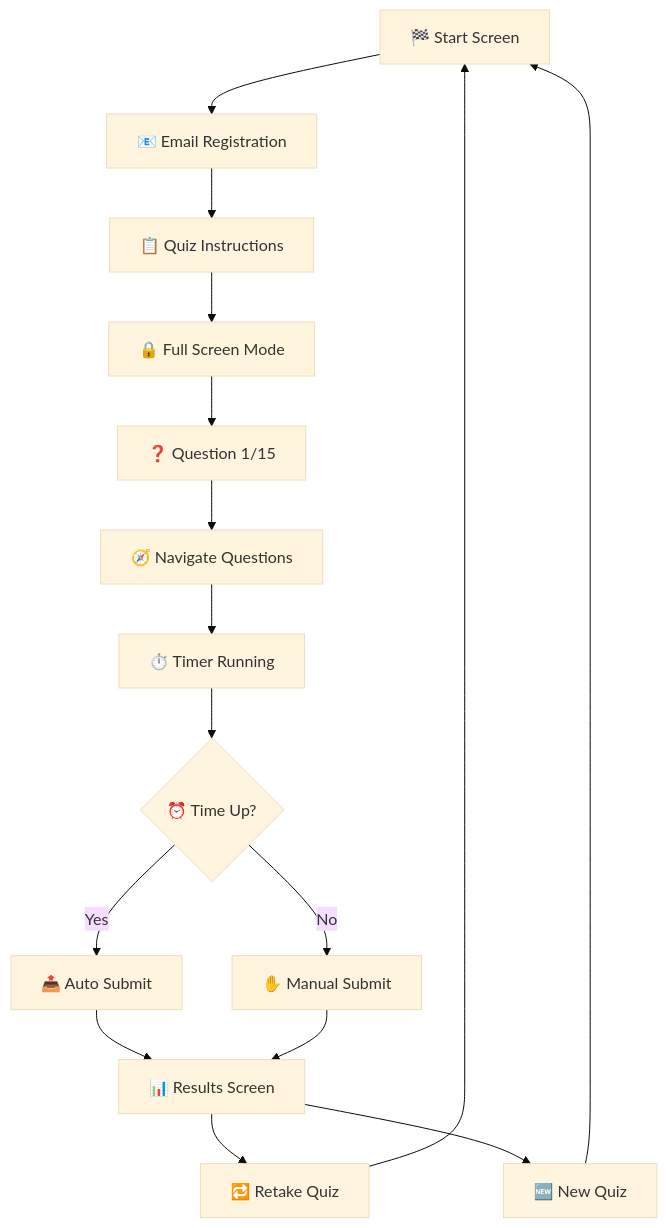
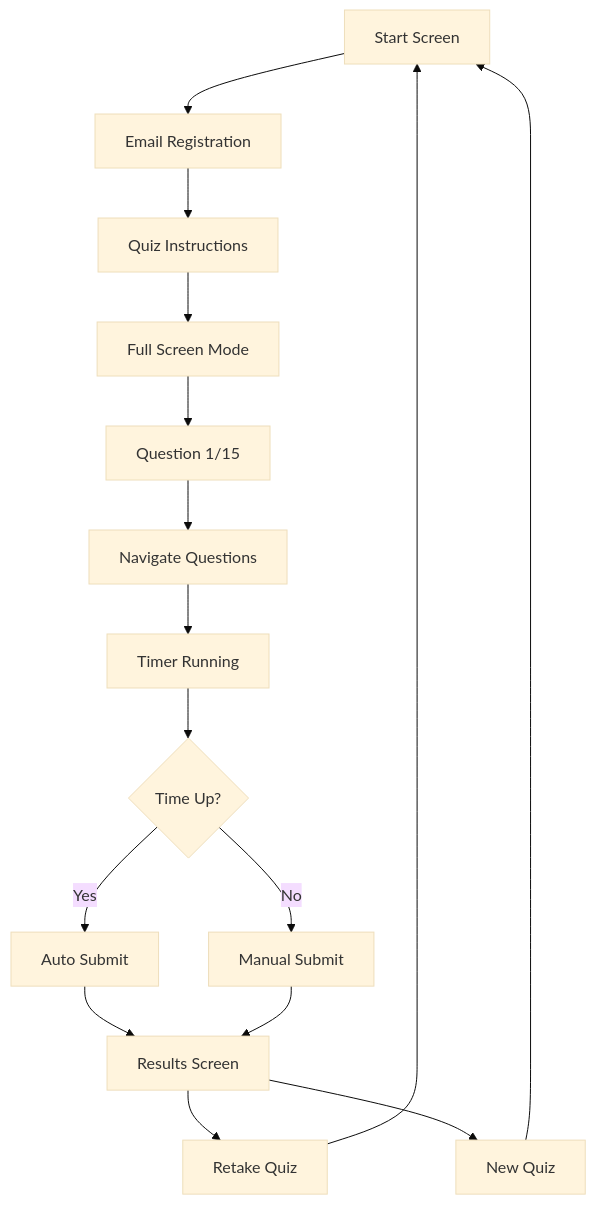
One commit to SURIYAPRASAAD04/FunnelQuiz changed the diagram in README.md. Above: the diagram before and after it, drawn with Mermaid (base theme). The commit also changed other lines of this file, not shown here.

````diff
--- a/README.md
+++ b/README.md
@@ -101,18 +101,18 @@
 ```mermaid
 graph TD
-    A[🏁 Start Screen] --> B[📧 Email Registration]
-    B --> C[📋 Quiz Instructions]
-    C --> D[🔒 Full Screen Mode]
-    D --> E[❓ Question 1/15]
-    E --> F[🧭 Navigate Questions]
-    F --> G[⏱️ Timer Running]
-    G --> H{⏰ Time Up?}
-    H -->|Yes| I[📤 Auto Submit]
-    H -->|No| J[✋ Manual Submit]
-    I --> K[📊 Results Screen]
+    A[ Start Screen] --> B[ Email Registration]
+    B --> C[ Quiz Instructions]
+    C --> D[ Full Screen Mode]
+    D --> E[ Question 1/15]
+    E --> F[ Navigate Questions]
+    F --> G[ Timer Running]
+    G --> H{ Time Up?}
+    H -->|Yes| I[ Auto Submit]
+    H -->|No| J[ Manual Submit]
+    I --> K[ Results Screen]
     J --> K
-    K --> L[🔁 Retake Quiz]
-    K --> M[🆕 New Quiz]
+    K --> L[ Retake Quiz]
+    K --> M[ New Quiz]
     L --> A
     M --> A
 ```
````
